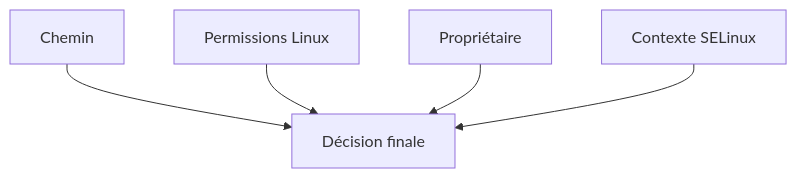
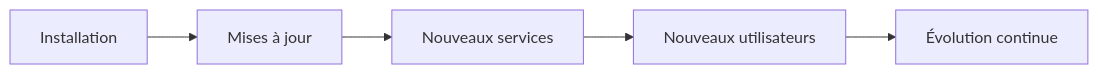
Before and after one commit to tdelaclos/formations: the sixth of 7 diagrams in campagne 1/1.4.md, drawn with Mermaid. The commit also changed other lines of this file, not shown here.

````diff
--- a/campagne 1/1.4.md
+++ b/campagne 1/1.4.md
@@ -694,18 +560,18 @@
 ```mermaid
-flowchart TD
+flowchart LR
 
-A["Chemin"]
+A["Installation"]
 
-B["Permissions Linux"]
+B["Mises à jour"]
 
-C["Propriétaire"]
+C["Nouveaux services"]
 
-D["Contexte SELinux"]
+D["Nouveaux utilisateurs"]
 
-E["Décision finale"]
+E["Évolution continue"]
 
-A --> E
-B --> E
-C --> E
+A --> B
+B --> C
+C --> D
 D --> E
 ```
````
